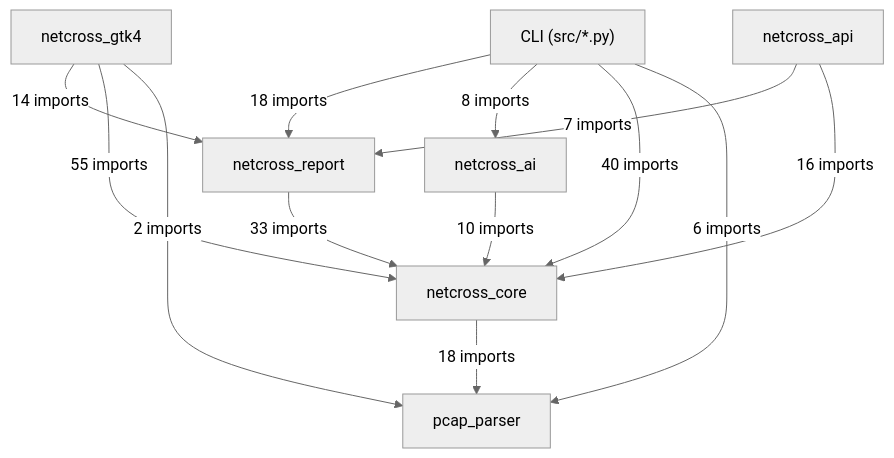
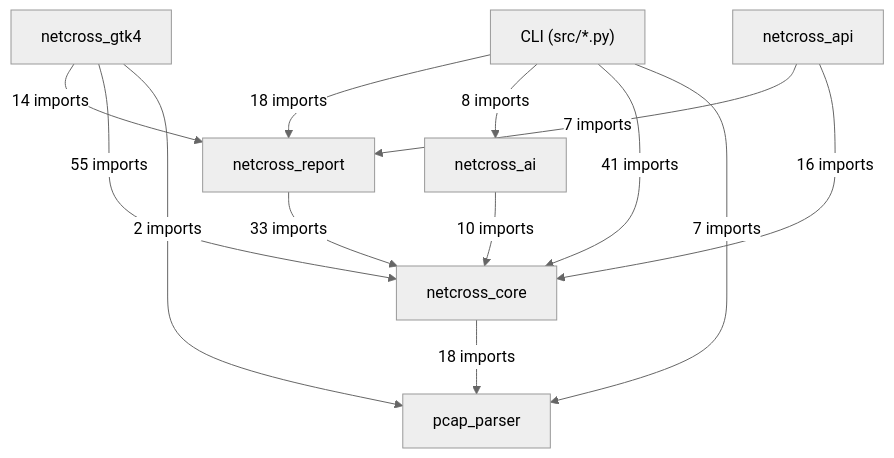
One commit to Mathide-Team/Netcross changed the first of 19 diagrams in docs/class-diagram.md. Above: the diagram before and after it, drawn with Mermaid (neutral theme). The commit also changed 1 other file, not shown here.

Commit message:
fix(#676): diagramme de classes, appel loguru dans except, formatage

````diff
--- a/docs/class-diagram.md
+++ b/docs/class-diagram.md
@@ -26,22 +26,22 @@
 ```mermaid
 flowchart TD
     CLI["CLI (src/*.py)"]
     netcross_gtk4["netcross_gtk4"]
     netcross_api["netcross_api"]
     netcross_report["netcross_report"]
     netcross_ai["netcross_ai"]
     netcross_core["netcross_core"]
     pcap_parser["pcap_parser"]
     CLI -->|"18 imports"| netcross_report
     CLI -->|"8 imports"| netcross_ai
-    CLI -->|"40 imports"| netcross_core
-    CLI -->|"6 imports"| pcap_parser
+    CLI -->|"41 imports"| netcross_core
+    CLI -->|"7 imports"| pcap_parser
     netcross_gtk4 -->|"14 imports"| netcross_report
     netcross_gtk4 -->|"55 imports"| netcross_core
     netcross_gtk4 -->|"2 imports"| pcap_parser
     netcross_api -->|"7 imports"| netcross_report
     netcross_api -->|"16 imports"| netcross_core
     netcross_report -->|"33 imports"| netcross_core
     netcross_ai -->|"10 imports"| netcross_core
     netcross_core -->|"18 imports"| pcap_parser
 ```
````
